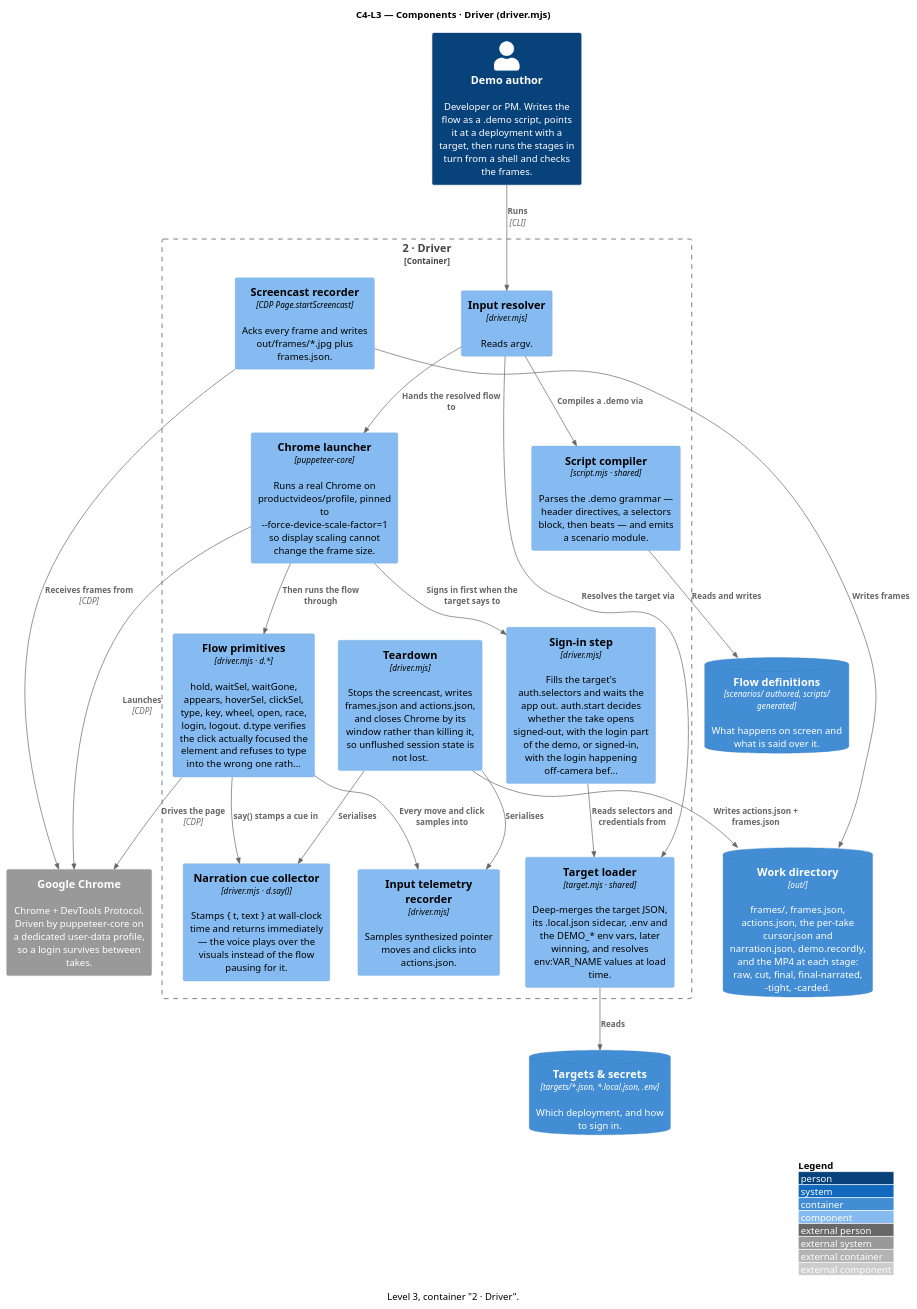
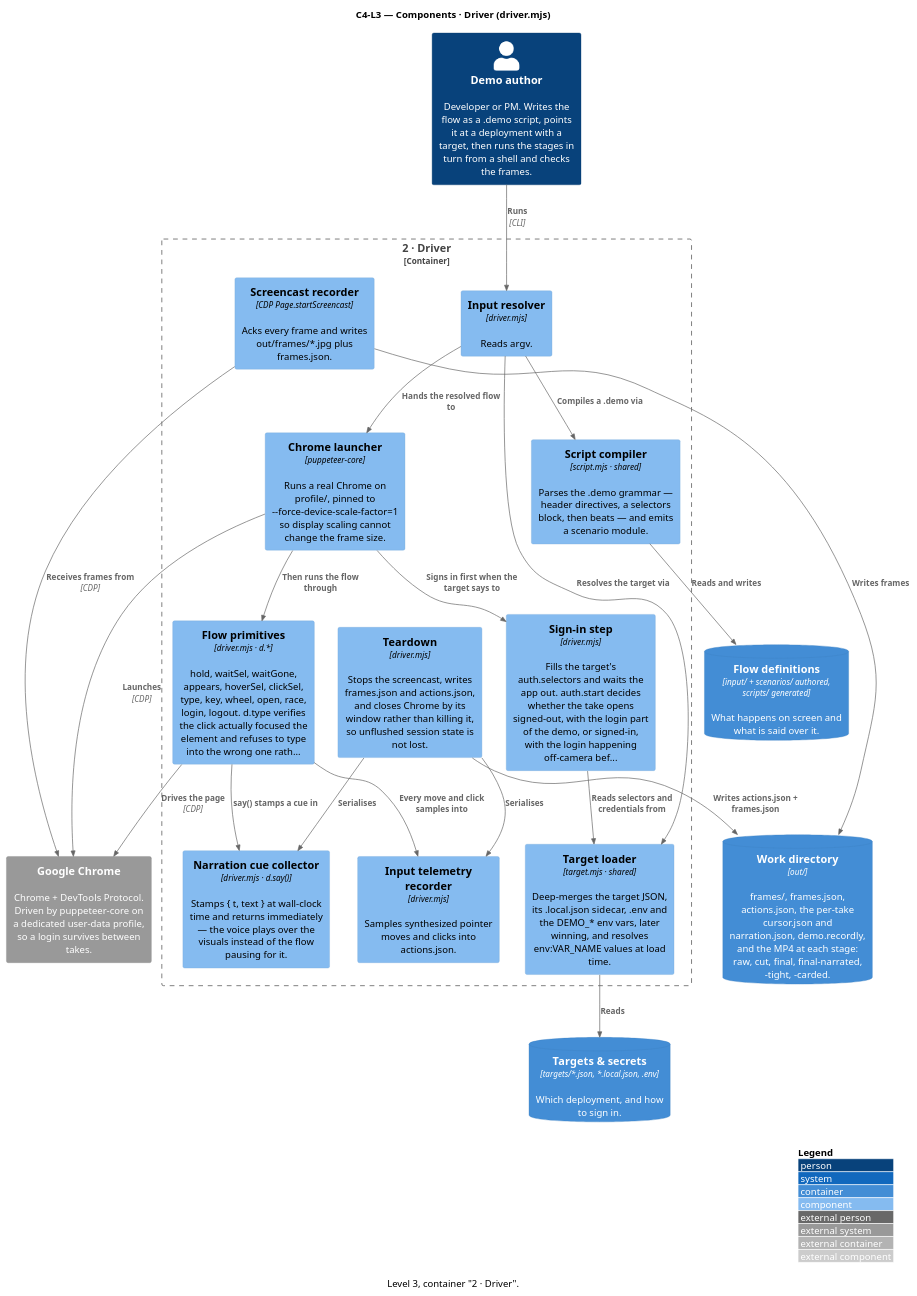
One commit to ssunduko/product-video changed the diagram in docs/c4-l3-driver.puml. Above: the diagram before and after it, drawn with PlantUML. The commit also changed 198 other files, not shown here.

First line of the commit message:
Flatten productvideos/ into the repo root; add input/ for flow files

```diff
--- a/docs/c4-l3-driver.puml
+++ b/docs/c4-l3-driver.puml
@@ -1,49 +1,49 @@
 @startuml c4-l3-driver
 ' Generated by docs/c4-model.mjs — do not edit; edit the model and re-run.
 !include <C4/C4_Component>
 ' No bundled C4 stdlib? Replace the line above with:
 ' !include https://raw.githubusercontent.com/plantuml-stdlib/C4-PlantUML/master/C4_Component.puml
 
 title C4-L3 — Components · Driver (driver.mjs)
 caption Level 3, container "2 · Driver".
 
 Person(demo_author, "Demo author", "Developer or PM. Writes the flow as a .demo script, points it at a deployment with a target, then runs the stages in turn from a shell and checks the frames.")
 System_Ext(google_chrome, "Google Chrome", "Chrome + DevTools Protocol. Driven by puppeteer-core on a dedicated user-data profile, so a login survives between takes.")
-ContainerDb(flow_definitions, "Flow definitions", "scenarios/ authored, scripts/ generated", "What happens on screen and what is said over it.")
+ContainerDb(flow_definitions, "Flow definitions", "input/ + scenarios/ authored, scripts/ generated", "What happens on screen and what is said over it.")
 ContainerDb(targets_secrets, "Targets & secrets", "targets/*.json, *.local.json, .env", "Which deployment, and how to sign in.")
 ContainerDb(work_directory, "Work directory", "out/", "frames/, frames.json, actions.json, the per-take cursor.json and narration.json, demo.recordly, and the MP4 at each stage: raw, cut, final, final-narrated, -tight, -carded.")
 
 Container_Boundary(driver_2, "2 · Driver") {
   Component(input_resolver, "Input resolver", "driver.mjs", "Reads argv.")
   Component(script_compiler_3, "Script compiler", "script.mjs · shared", "Parses the .demo grammar — header directives, a selectors block, then beats — and emits a scenario module.")
   Component(target_loader, "Target loader", "target.mjs · shared", "Deep-merges the target JSON, its .local.json sidecar, .env and the DEMO_* env vars, later winning, and resolves env:VAR_NAME values at load time.")
-  Component(chrome_launcher, "Chrome launcher", "puppeteer-core", "Runs a real Chrome on productvideos/profile, pinned to --force-device-scale-factor=1 so display scaling cannot change the frame size.")
+  Component(chrome_launcher, "Chrome launcher", "puppeteer-core", "Runs a real Chrome on profile/, pinned to --force-device-scale-factor=1 so display scaling cannot change the frame size.")
   Component(sign_in_step, "Sign-in step", "driver.mjs", "Fills the target's auth.selectors and waits the app out. auth.start decides whether the take opens signed-out, with the login part of the demo, or signed-in, with the login happening off-camera bef...")
   Component(flow_primitives, "Flow primitives", "driver.mjs · d.*", "hold, waitSel, waitGone, appears, hoverSel, clickSel, type, key, wheel, open, race, login, logout. d.type verifies the click actually focused the element and refuses to type into the wrong one rath...")
   Component(screencast_recorder, "Screencast recorder", "CDP Page.startScreencast", "Acks every frame and writes out/frames/*.jpg plus frames.json.")
   Component(input_telemetry_recorder, "Input telemetry recorder", "driver.mjs", "Samples synthesized pointer moves and clicks into actions.json.")
   Component(narration_cue_collector, "Narration cue collector", "driver.mjs · d.say()", "Stamps { t, text } at wall-clock time and returns immediately — the voice plays over the visuals instead of the flow pausing for it.")
   Component(teardown, "Teardown", "driver.mjs", "Stops the screencast, writes frames.json and actions.json, and closes Chrome by its window rather than killing it, so unflushed session state is not lost.")
 }
 
 Rel(demo_author, input_resolver, "Runs", "CLI")
 Rel(input_resolver, script_compiler_3, "Compiles a .demo via")
 Rel(input_resolver, target_loader, "Resolves the target via")
 Rel(script_compiler_3, flow_definitions, "Reads and writes")
 Rel(target_loader, targets_secrets, "Reads")
 Rel(input_resolver, chrome_launcher, "Hands the resolved flow to")
 Rel(chrome_launcher, google_chrome, "Launches", "CDP")
 Rel(chrome_launcher, sign_in_step, "Signs in first when the target says to")
 Rel(sign_in_step, target_loader, "Reads selectors and credentials from")
 Rel(chrome_launcher, flow_primitives, "Then runs the flow through")
 Rel(flow_primitives, google_chrome, "Drives the page", "CDP")
 Rel(flow_primitives, narration_cue_collector, "say() stamps a cue in")
 Rel(flow_primitives, input_telemetry_recorder, "Every move and click samples into")
 Rel(screencast_recorder, google_chrome, "Receives frames from", "CDP")
 Rel(screencast_recorder, work_directory, "Writes frames")
 Rel(teardown, input_telemetry_recorder, "Serialises")
 Rel(teardown, narration_cue_collector, "Serialises")
 Rel(teardown, work_directory, "Writes actions.json + frames.json")
 
 LAYOUT_WITH_LEGEND()
 @enduml
```
